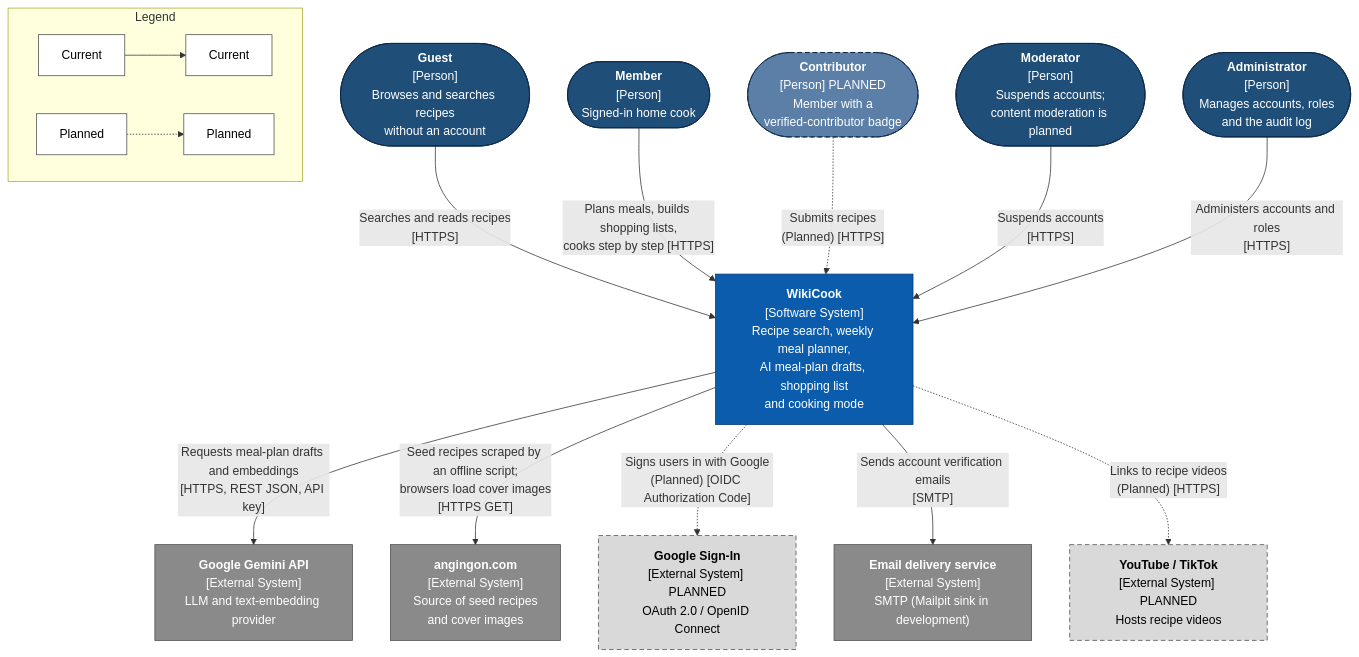
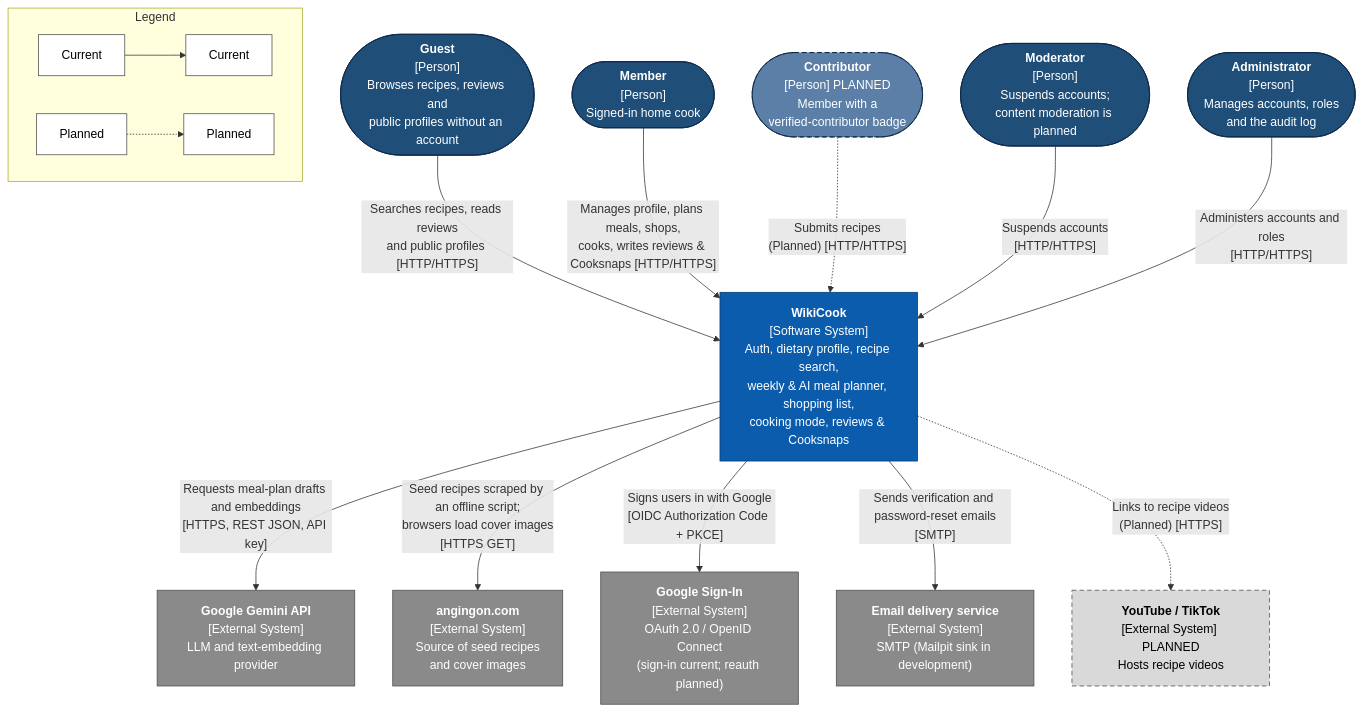
One commit to ThanhDu14/WikiCook changed the first of 5 diagrams in docs/analysis-and-design/architecture.md. Above: the diagram before and after it, drawn with Mermaid. The commit also changed other lines of this file and 6 other files, not shown here.

````diff
--- a/docs/analysis-and-design/architecture.md
+++ b/docs/analysis-and-design/architecture.md
@@ -53,48 +53,48 @@
 ```mermaid
 flowchart TB
-    GUEST(["<b>Guest</b><br/>[Person]<br/>Browses and searches recipes<br/>without an account"])
+    GUEST(["<b>Guest</b><br/>[Person]<br/>Browses recipes, reviews and<br/>public profiles without an account"])
     MEMBER(["<b>Member</b><br/>[Person]<br/>Signed-in home cook"])
     CONTRIB(["<b>Contributor</b><br/>[Person] PLANNED<br/>Member with a<br/>verified-contributor badge"])
     MOD(["<b>Moderator</b><br/>[Person]<br/>Suspends accounts;<br/>content moderation is planned"])
     ADMIN(["<b>Administrator</b><br/>[Person]<br/>Manages accounts, roles<br/>and the audit log"])
 
-    WC["<b>WikiCook</b><br/>[Software System]<br/>Recipe search, weekly meal planner,<br/>AI meal-plan drafts, shopping list<br/>and cooking mode"]
+    WC["<b>WikiCook</b><br/>[Software System]<br/>Auth, dietary profile, recipe search,<br/>weekly & AI meal planner, shopping list,<br/>cooking mode, reviews & Cooksnaps"]
 
     GEMINI["<b>Google Gemini API</b><br/>[External System]<br/>LLM and text-embedding provider"]
     SRC["<b>angingon.com</b><br/>[External System]<br/>Source of seed recipes<br/>and cover images"]
-    GOOGLE["<b>Google Sign-In</b><br/>[External System] PLANNED<br/>OAuth 2.0 / OpenID Connect"]
+    GOOGLE["<b>Google Sign-In</b><br/>[External System]<br/>OAuth 2.0 / OpenID Connect<br/>(sign-in current; reauth planned)"]
     MAIL["<b>Email delivery service</b><br/>[External System]<br/>SMTP (Mailpit sink in development)"]
     VIDEO["<b>YouTube / TikTok</b><br/>[External System] PLANNED<br/>Hosts recipe videos"]
 
-    GUEST -->|"Searches and reads recipes<br/>[HTTPS]"| WC
-    MEMBER -->|"Plans meals, builds shopping lists,<br/>cooks step by step [HTTPS]"| WC
-    CONTRIB -.->|"Submits recipes<br/>(Planned) [HTTPS]"| WC
-    MOD -->|"Suspends accounts<br/>[HTTPS]"| WC
-    ADMIN -->|"Administers accounts and roles<br/>[HTTPS]"| WC
+    GUEST -->|"Searches recipes, reads reviews<br/>and public profiles [HTTP/HTTPS]"| WC
+    MEMBER -->|"Manages profile, plans meals, shops,<br/>cooks, writes reviews & Cooksnaps [HTTP/HTTPS]"| WC
+    CONTRIB -.->|"Submits recipes<br/>(Planned) [HTTP/HTTPS]"| WC
+    MOD -->|"Suspends accounts<br/>[HTTP/HTTPS]"| WC
+    ADMIN -->|"Administers accounts and roles<br/>[HTTP/HTTPS]"| WC
 
     WC -->|"Requests meal-plan drafts and embeddings<br/>[HTTPS, REST JSON, API key]"| GEMINI
     WC -->|"Seed recipes scraped by an offline script;<br/>browsers load cover images<br/>[HTTPS GET]"| SRC
-    WC -.->|"Signs users in with Google<br/>(Planned) [OIDC Authorization Code]"| GOOGLE
-    WC -->|"Sends account verification emails<br/>[SMTP]"| MAIL
+    WC -->|"Signs users in with Google<br/>[OIDC Authorization Code + PKCE]"| GOOGLE
+    WC -->|"Sends verification and password-reset emails<br/>[SMTP]"| MAIL
     WC -.->|"Links to recipe videos<br/>(Planned) [HTTPS]"| VIDEO
 
     subgraph LEGEND["Legend"]
         direction LR
         L1["Current"] --> L2["Current"]
         L3["Planned"] -.-> L4["Planned"]
     end
 
     classDef person fill:#1f4e79,stroke:#0b2545,color:#ffffff
     classDef personPlanned fill:#5b7fa6,stroke:#0b2545,color:#ffffff,stroke-dasharray:6 4
     classDef system fill:#0b5cad,stroke:#073b73,color:#ffffff
     classDef ext fill:#8a8a8a,stroke:#4d4d4d,color:#ffffff
     classDef extPlanned fill:#d9d9d9,stroke:#4d4d4d,color:#000000,stroke-dasharray:6 4
     classDef legend fill:#ffffff,stroke:#4d4d4d,color:#000000
 
     class GUEST,MEMBER,MOD,ADMIN person
     class CONTRIB personPlanned
     class WC system
-    class GEMINI,SRC,MAIL ext
-    class GOOGLE,VIDEO extPlanned
+    class GEMINI,SRC,GOOGLE,MAIL ext
+    class VIDEO extPlanned
     class L1,L2,L3,L4 legend
 ```
````
